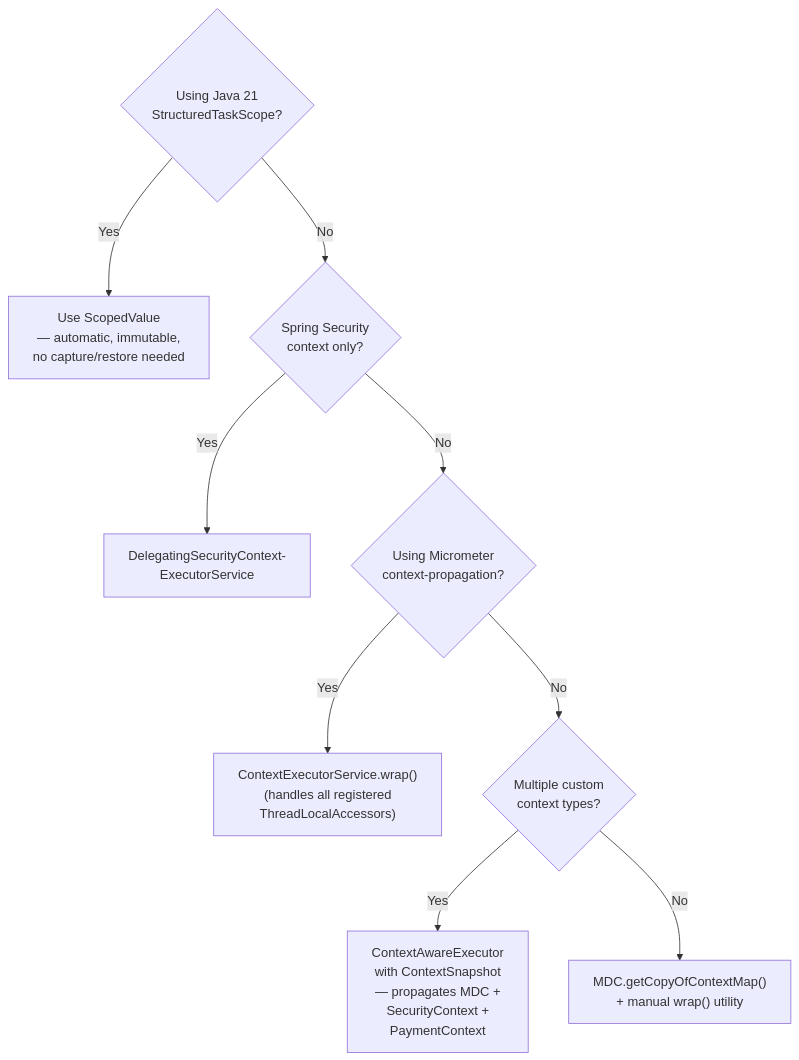
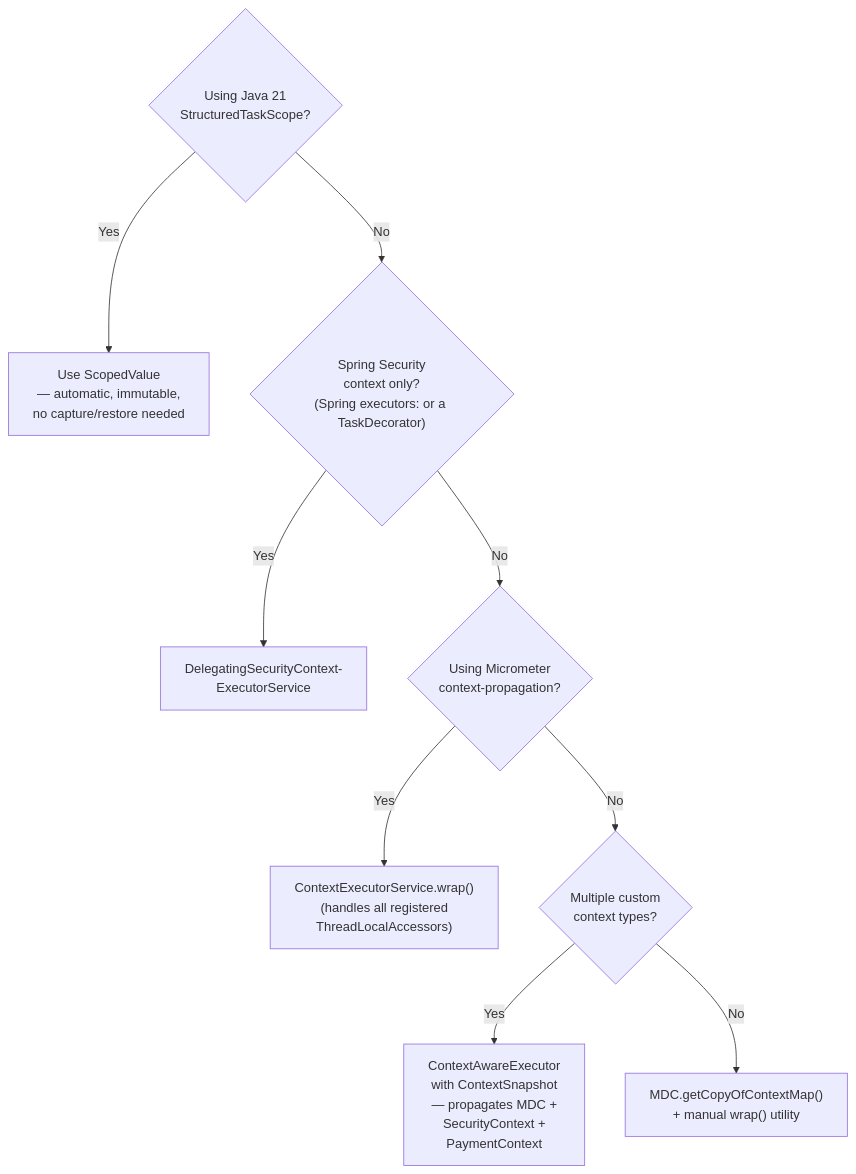
The third of 3 diagrams in docs/content/tracks/track-03-concurrency/lesson-25-context-propagation/index.md (mostafasroor1983/fintech-engineering-mastery), drawn with Mermaid before and after one commit. The commit also changed other lines of this file and 345 other files, not shown here.

````diff
--- a/docs/content/tracks/track-03-concurrency/lesson-25-context-propagation/index.md
+++ b/docs/content/tracks/track-03-concurrency/lesson-25-context-propagation/index.md
@@ -810,18 +835,18 @@
 ```mermaid
 flowchart TD
     Q1{Using Java 21<br/>StructuredTaskScope?}
     Q1 -->|Yes| ScopedValue["Use ScopedValue<br/>— automatic, immutable,<br/>no capture/restore needed"]
     Q1 -->|No| Q2
 
-    Q2{Spring Security<br/>context only?}
+    Q2{"Spring Security<br/>context only?<br/>(Spring executors: or a TaskDecorator)"}
     Q2 -->|Yes| DSC["DelegatingSecurityContext-<br/>ExecutorService"]
     Q2 -->|No| Q3
 
     Q3{Using Micrometer<br/>context-propagation?}
     Q3 -->|Yes| MCE["ContextExecutorService.wrap()<br/>(handles all registered<br/>ThreadLocalAccessors)"]
     Q3 -->|No| Q4
 
     Q4{Multiple custom<br/>context types?}
     Q4 -->|Yes| CAE["ContextAwareExecutor<br/>with ContextSnapshot<br/>— propagates MDC +<br/>SecurityContext +<br/>PaymentContext"]
     Q4 -->|No| Manual["MDC.getCopyOfContextMap()<br/>+ manual wrap() utility"]
 ```
````
